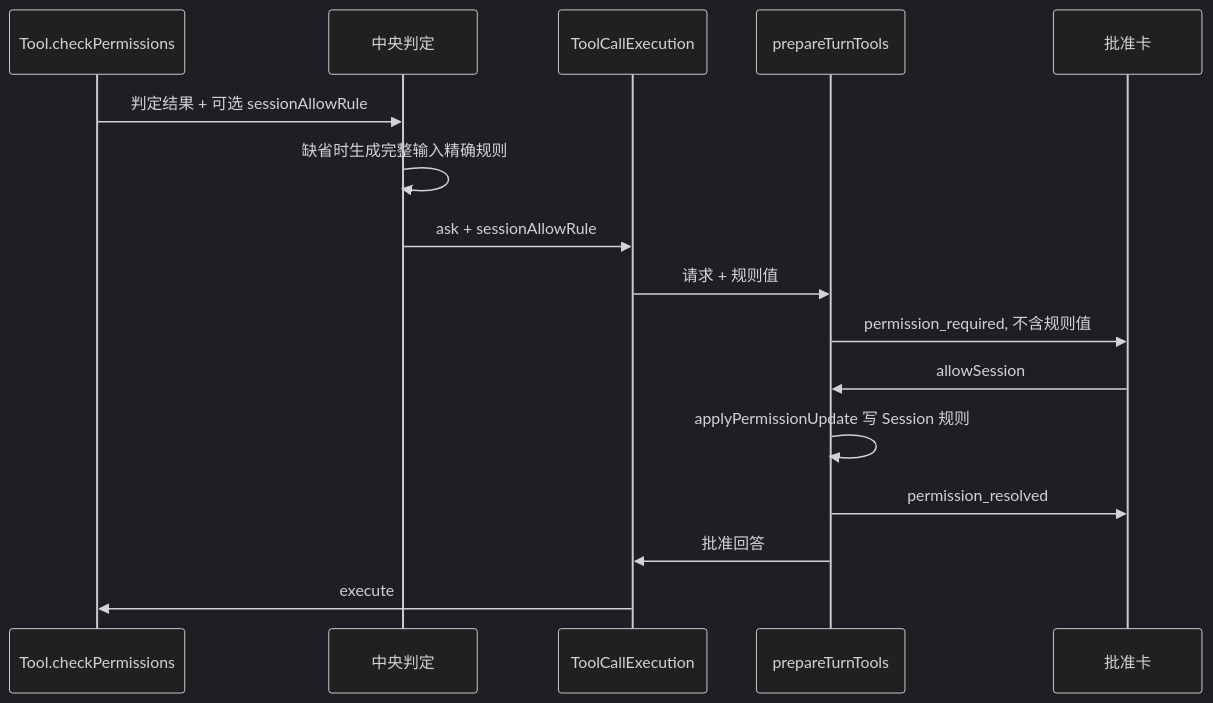
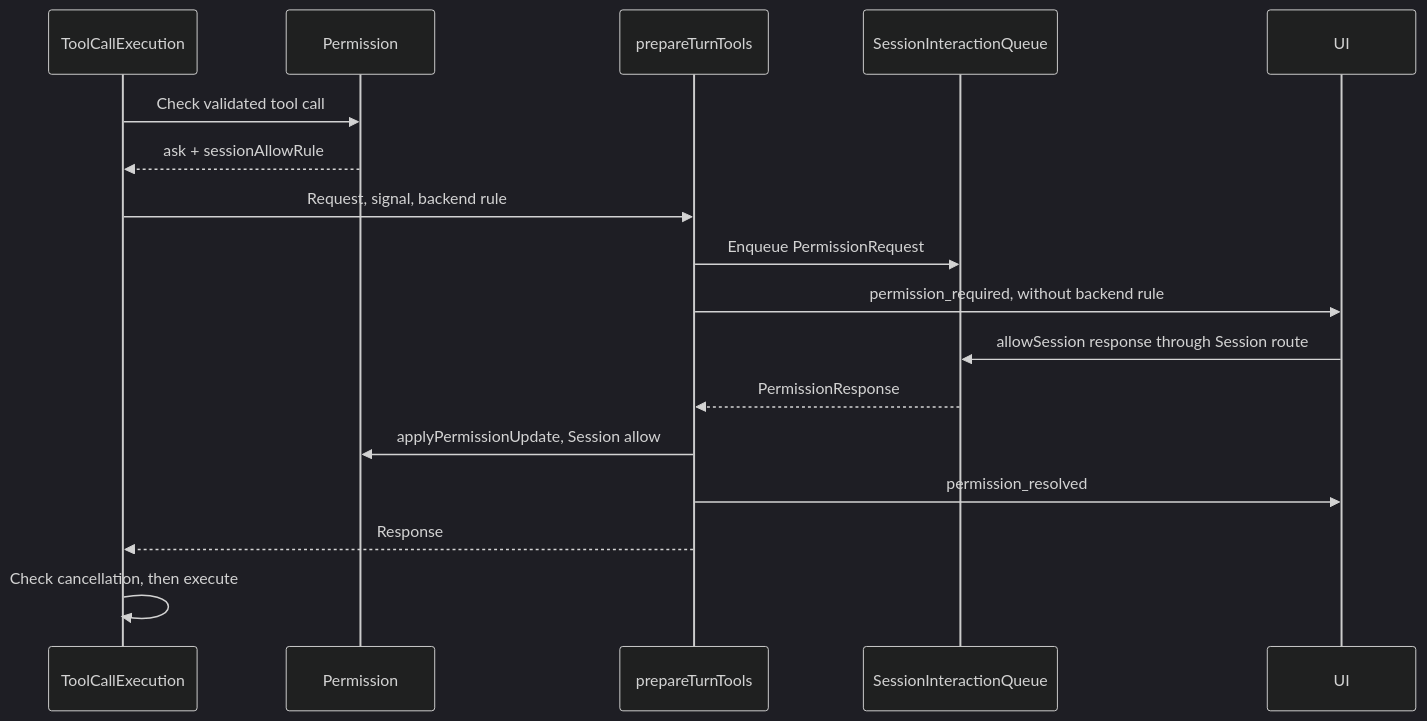
Before and after one commit to chengyuZou/EmaAgent: the diagram in src/permission/README.md, drawn with Mermaid (dark theme). The commit also changed other lines of this file and 89 other files, not shown here.

````diff
--- a/src/permission/README.md
+++ b/src/permission/README.md
@@ -11,18 +38,19 @@
 ```mermaid
 sequenceDiagram
-    participant Tool as Tool.checkPermissions
-    participant Permission as 中央判定
     participant Execution as ToolCallExecution
+    participant Permission
     participant Turn as prepareTurnTools
-    participant UI as 批准卡
-    Tool->>Permission: 判定结果 + 可选 sessionAllowRule
-    Permission->>Permission: 缺省时生成完整输入精确规则
-    Permission->>Execution: ask + sessionAllowRule
-    Execution->>Turn: 请求 + 规则值
-    Turn->>UI: permission_required, 不含规则值
-    UI->>Turn: allowSession
-    Turn->>Turn: applyPermissionUpdate 写 Session 规则
+    participant Queue as SessionInteractionQueue
+    participant UI
+    Execution->>Permission: Check validated tool call
+    Permission-->>Execution: ask + sessionAllowRule
+    Execution->>Turn: Request, signal, backend rule
+    Turn->>Queue: Enqueue PermissionRequest
+    Turn->>UI: permission_required, without backend rule
+    UI->>Queue: allowSession response through Session route
+    Queue-->>Turn: PermissionResponse
+    Turn->>Permission: applyPermissionUpdate, Session allow
     Turn->>UI: permission_resolved
-    Turn->>Execution: 批准回答
-    Execution->>Tool: execute
+    Turn-->>Execution: Response
+    Execution->>Execution: Check cancellation, then execute
 ```
````
